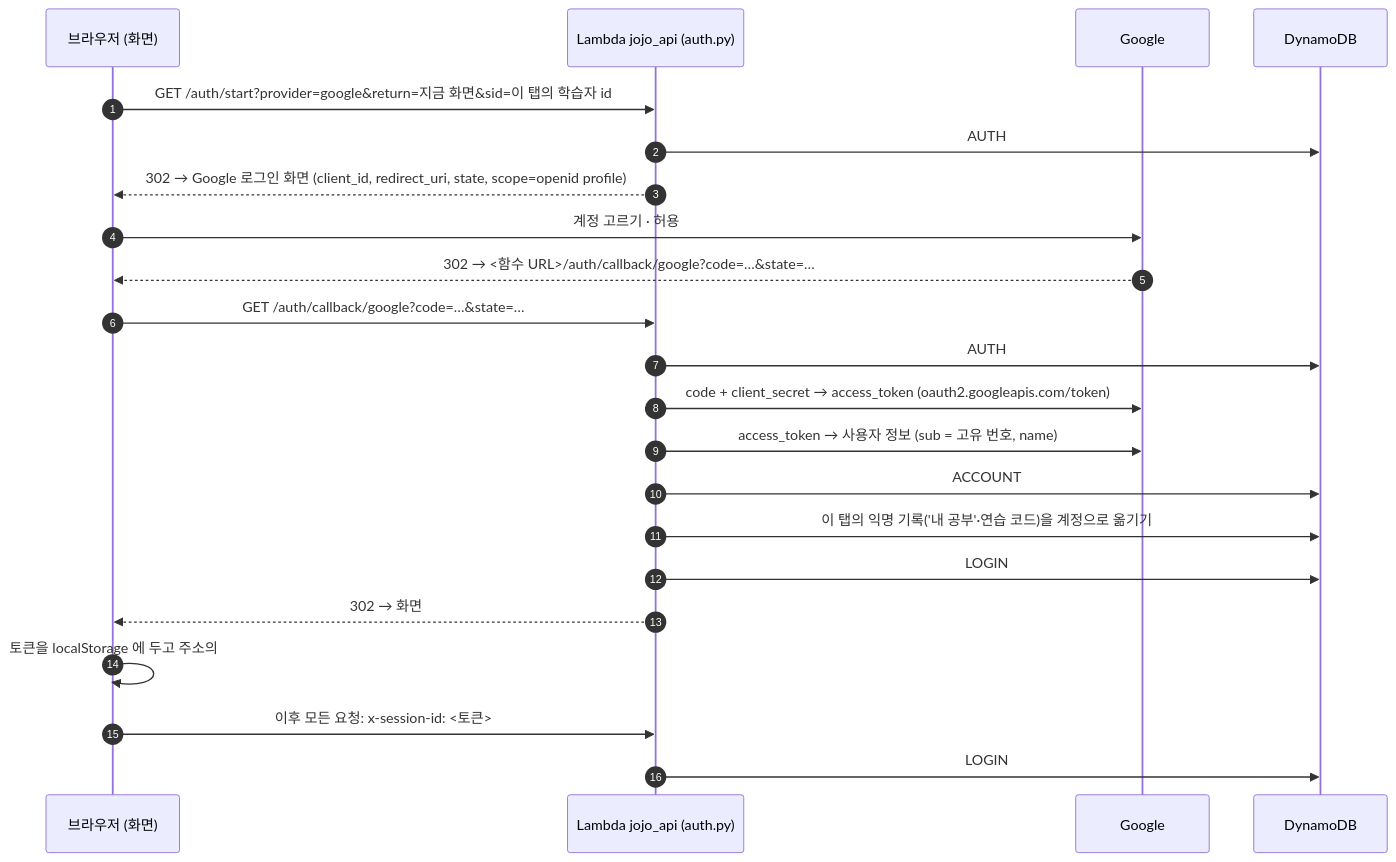
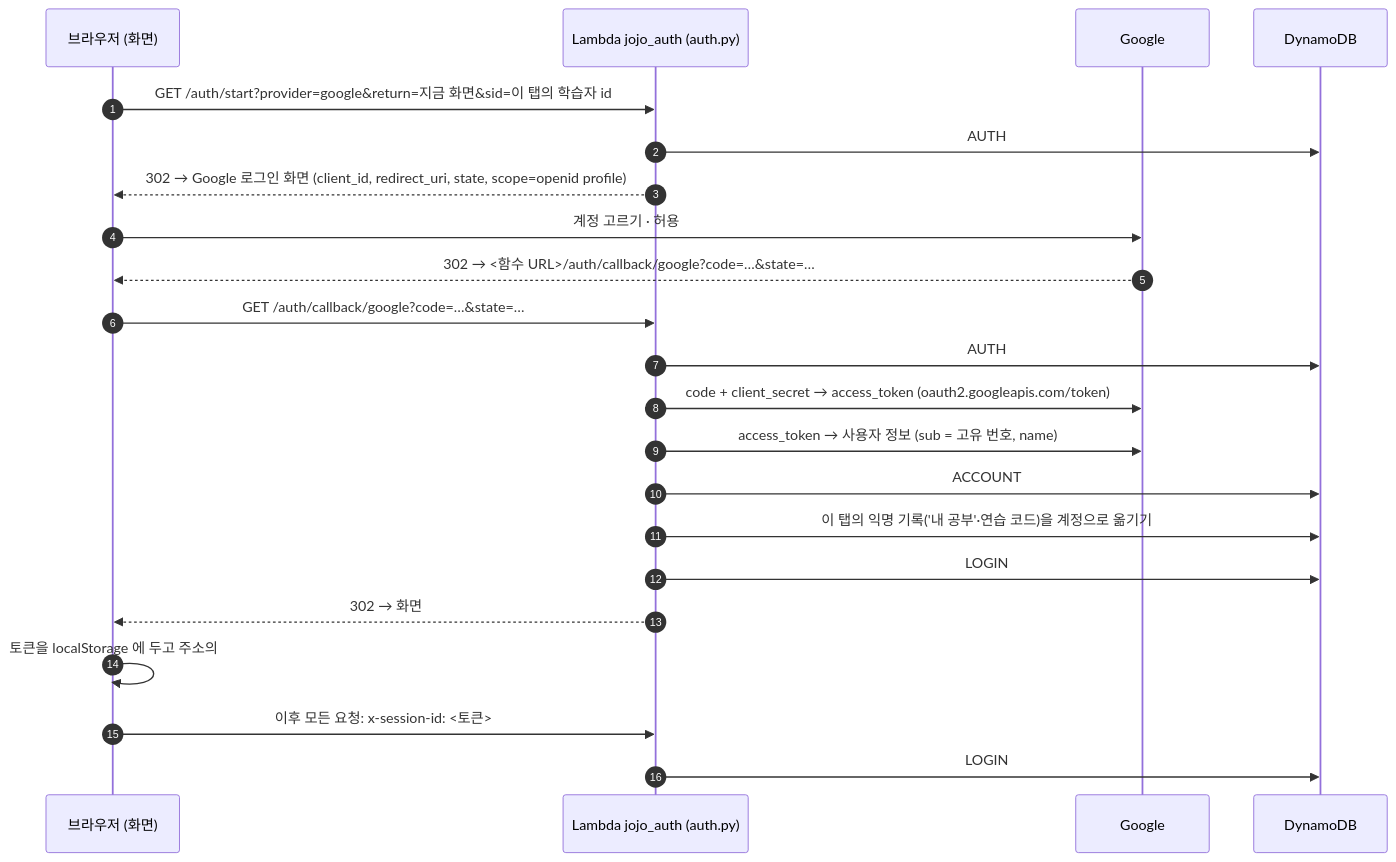
The diagram in README.md (torgeleli22-lang/teamProject_night_first), drawn with Mermaid before and after one commit. The commit also changed other lines of this file and 50 other files, not shown here.

First line of the commit message:
예전 데이터 옮기기 코드와 예전 함수(jojo_api_py) 정리

````diff
--- a/README.md
+++ b/README.md
@@ -71,25 +71,25 @@
 ```mermaid
 sequenceDiagram
     autonumber
     participant B as 브라우저 (화면)
-    participant L as Lambda jojo_api (auth.py)
+    participant L as Lambda jojo_auth (auth.py)
     participant G as Google
     participant D as DynamoDB
 
     B->>L: GET /auth/start?provider=google&return=지금 화면&sid=이 탭의 학습자 id
     L->>D: AUTH#<state> 저장 (돌아갈 화면·이 탭 학습자 id, 10분)
     L-->>B: 302 → Google 로그인 화면 (client_id, redirect_uri, state, scope=openid profile)
     B->>G: 계정 고르기 · 허용
     G-->>B: 302 → <함수 URL>/auth/callback/google?code=…&state=…
     B->>L: GET /auth/callback/google?code=…&state=…
     L->>D: AUTH#<state> 확인하고 바로 지움 (한 번만)
     L->>G: code + client_secret → access_token (oauth2.googleapis.com/token)
     L->>G: access_token → 사용자 정보 (sub = 고유 번호, name)
     L->>D: ACCOUNT#google:<sub> 로 학습자 찾기 · 없으면 USER#<id>/PROFILE(member) 새로 만들기
     L->>D: 이 탭의 익명 기록('내 공부'·연습 코드)을 계정으로 옮기기
     L->>D: LOGIN#<새 토큰> 저장 (30일, 쓰면 늘어남)
     L-->>B: 302 → 화면#login=<토큰>
     B->>B: 토큰을 localStorage 에 두고 주소의 #login 지우기
     B->>L: 이후 모든 요청: x-session-id: <토큰>
     L->>D: LOGIN#<토큰> → USER#<id>/PROFILE 확인
 ```
````
